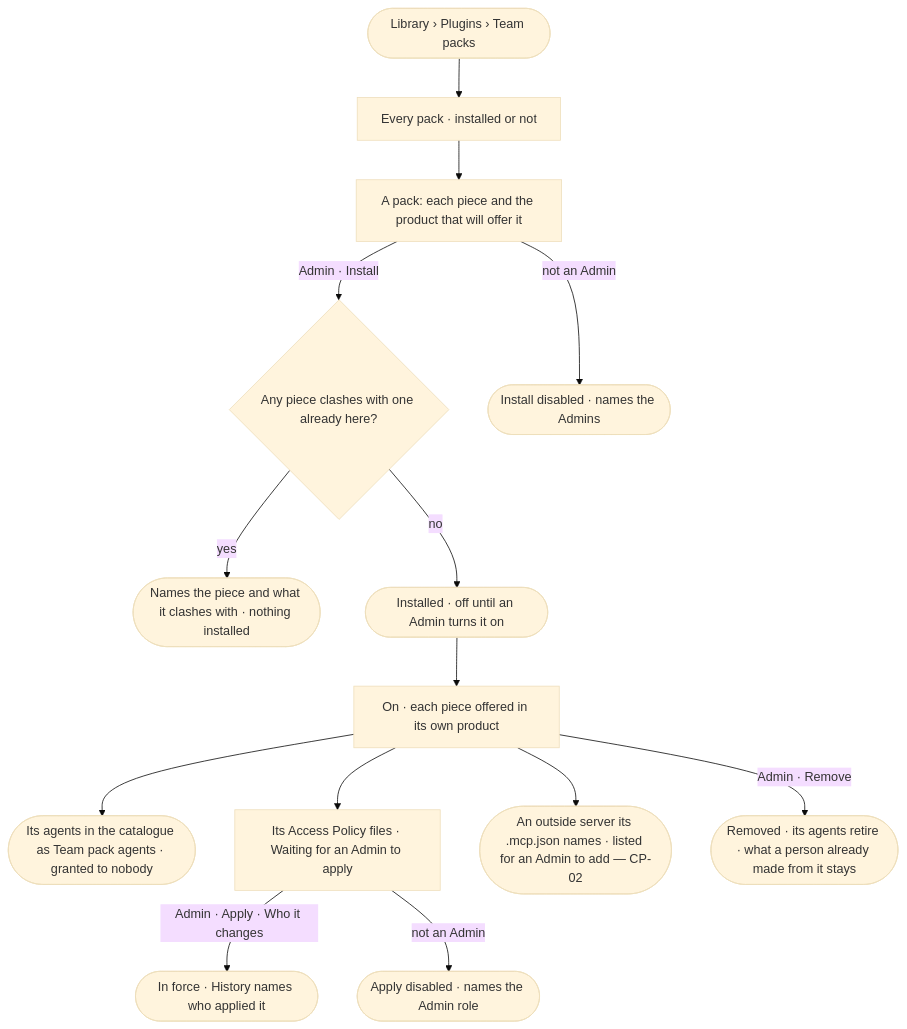
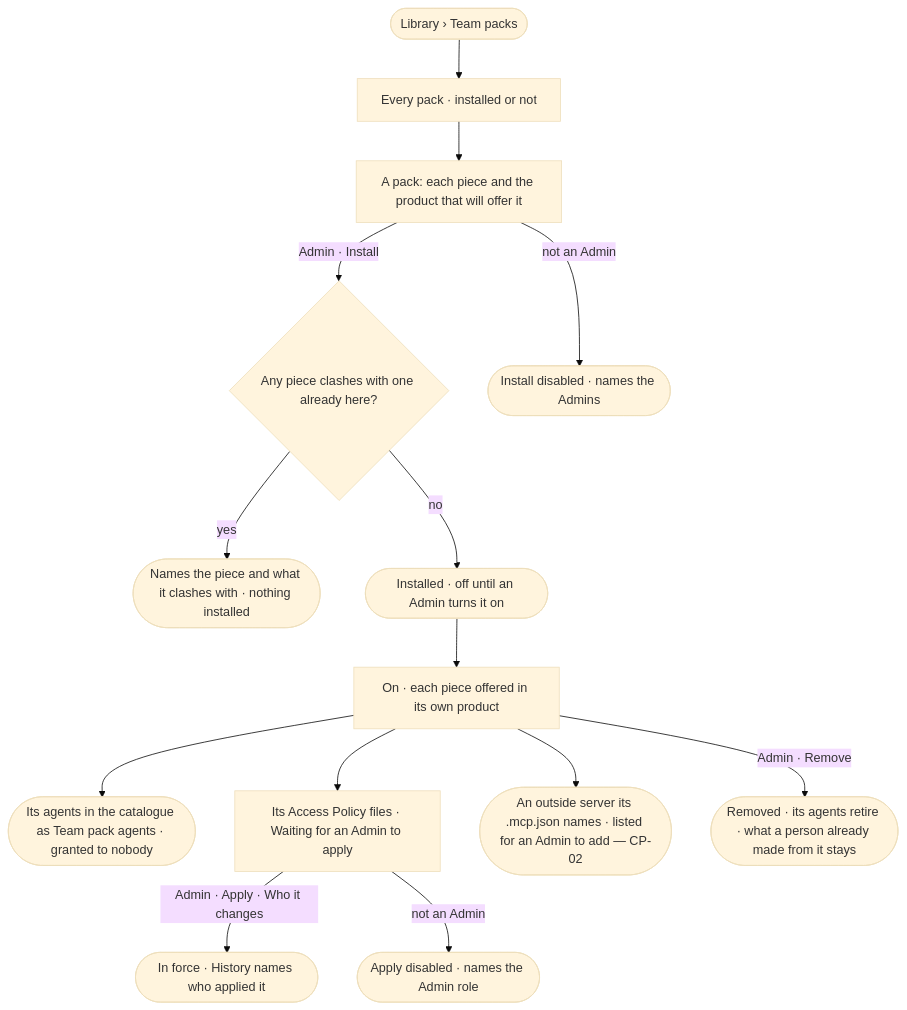
Before and after one commit to invana/invana: the diagram in specs/os/control/features/CP-F02-plugins-and-outside-tools/stories/CP-20-install-a-team-pack/story.md, drawn with Mermaid (base theme). The commit also changed other lines of this file and 133 other files, not shown here.

````diff
--- a/specs/os/control/features/CP-F02-plugins-and-outside-tools/stories/CP-20-install-a-team-pack/story.md
+++ b/specs/os/control/features/CP-F02-plugins-and-outside-tools/stories/CP-20-install-a-team-pack/story.md
@@ -32,16 +32,16 @@
 ```mermaid
 flowchart TD
-  s([Library › Plugins › Team packs]) --> l["Every pack · installed or not"]
+  s([Library › Team packs]) --> l["Every pack · installed or not"]
   l --> p["A pack: each piece and the product that will offer it"]
   p -->|Admin · Install| c{"Any piece clashes with one already here?"}
   c -->|yes| x(["Names the piece and what it clashes with · nothing installed"])
   c -->|no| i(["Installed · off until an Admin turns it on"])
   i --> on["On · each piece offered in its own product"]
   on --> ag(["Its agents in the catalogue as Team pack agents · granted to nobody"])
   on --> pol["Its Access Policy files · Waiting for an Admin to apply"]
   pol -->|Admin · Apply · Who it changes| ap(["In force · History names who applied it"])
   pol -->|not an Admin| pd(["Apply disabled · names the Admin role"])
   on --> sv(["An outside server its .mcp.json names · listed for an Admin to add — CP-02"])
   p -->|not an Admin| d(["Install disabled · names the Admins"])
   on -->|Admin · Remove| r(["Removed · its agents retire · what a person already made from it stays"])
 ```
````
